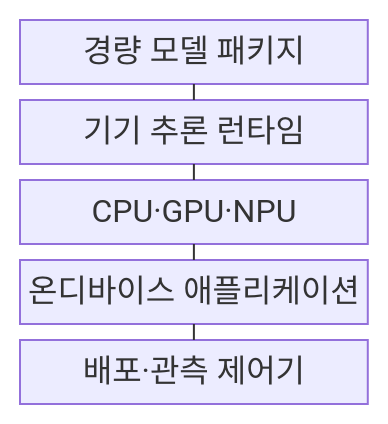
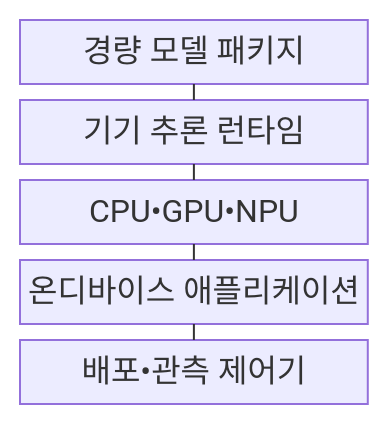
The first of 2 diagrams in src/content/docs/notes/03-software/208_on_device_model_deployment.md (agnusdei1207/knowledge-base), drawn with Mermaid before and after one commit. The commit also changed other lines of this file and 953 other files, not shown here.

````diff
--- a/src/content/docs/notes/03-software/208_on_device_model_deployment.md
+++ b/src/content/docs/notes/03-software/208_on_device_model_deployment.md
@@ -70,13 +70,13 @@
 ```mermaid
 block-beta
     columns 1
     A["경량 모델 패키지"]
     B["기기 추론 런타임"]
-    C["CPU·GPU·NPU"]
+    C["CPU•GPU•NPU"]
     D["온디바이스 애플리케이션"]
-    E["배포·관측 제어기"]
+    E["배포•관측 제어기"]
     A --- B
     B --- C
     C --- D
     D --- E
 ```
````
